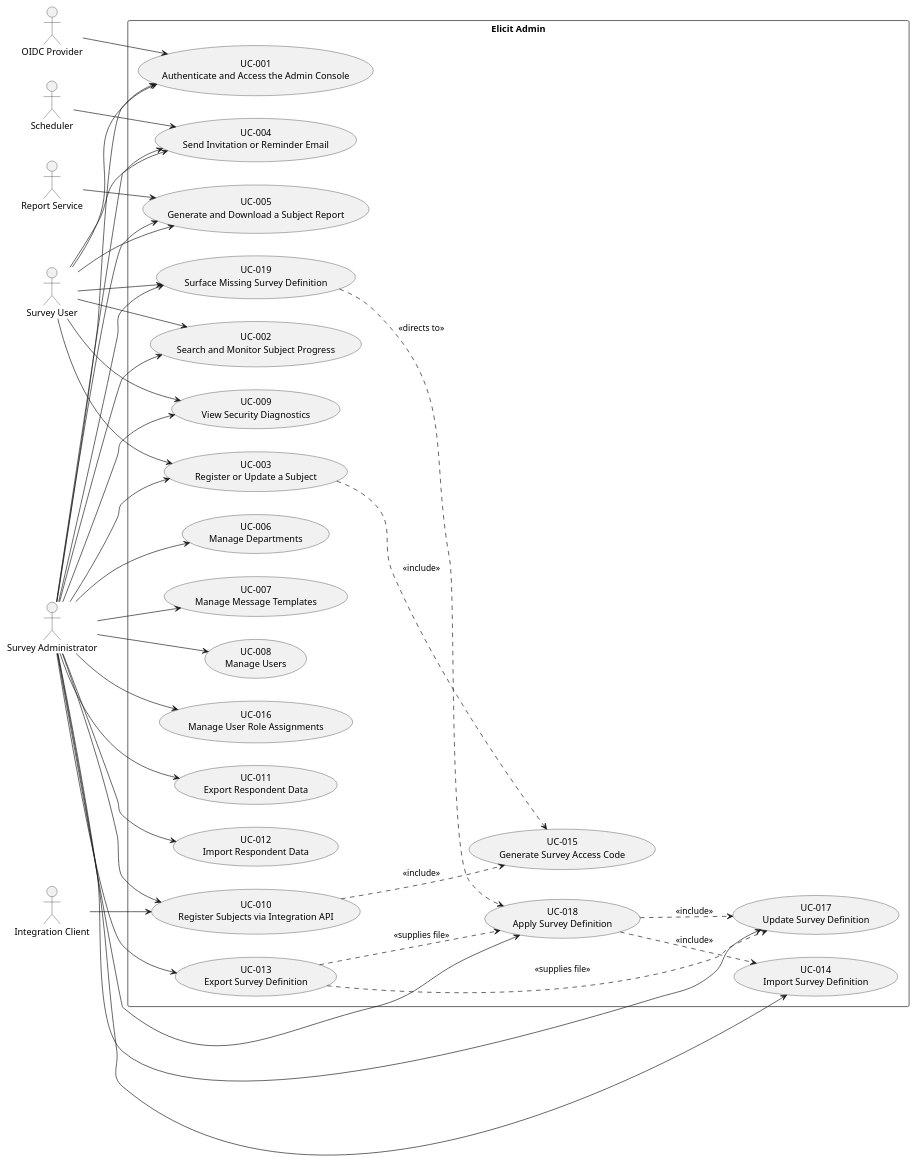
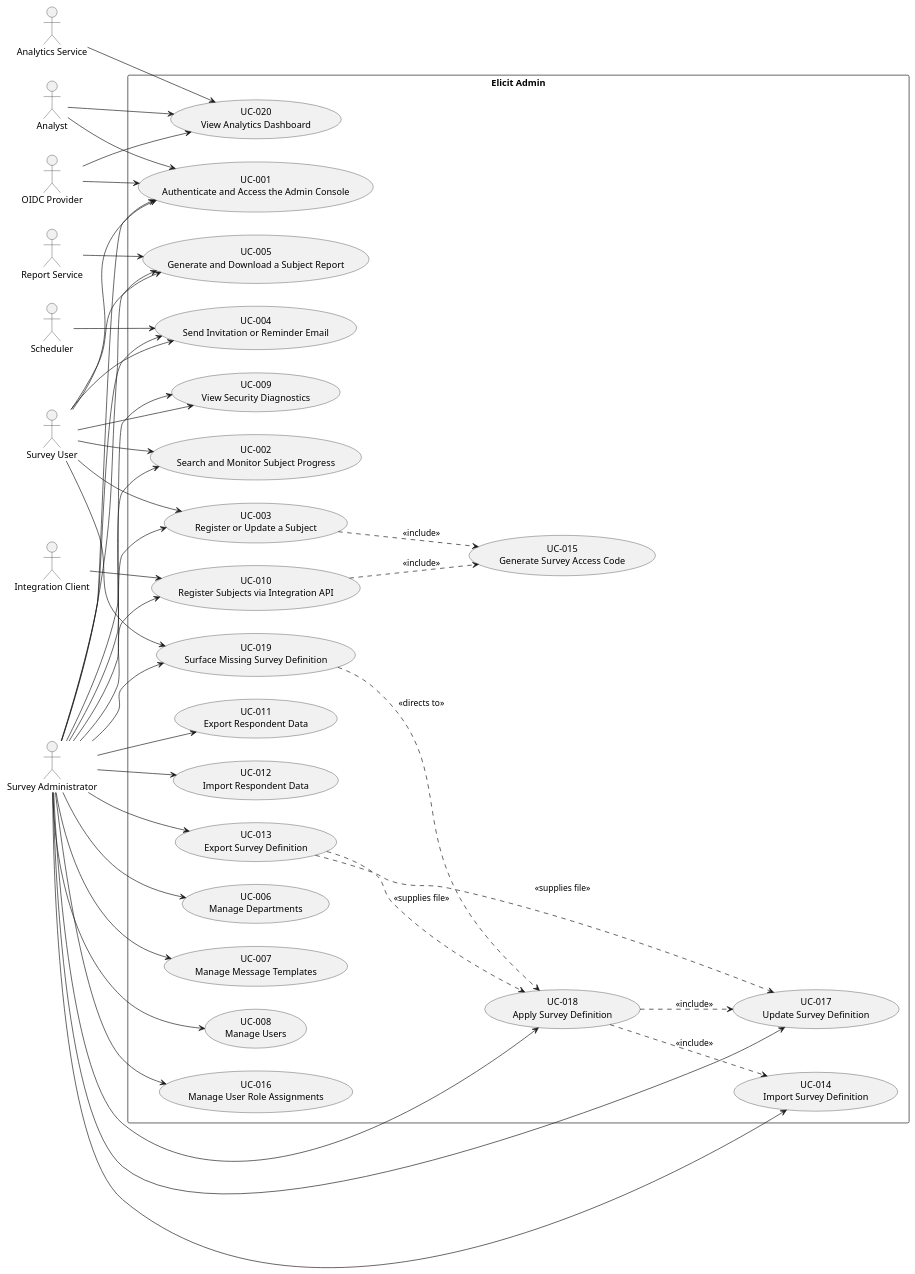
The diagram in docs/use_cases.puml (ElicitSoftware/Admin), drawn with PlantUML before and after one commit. The commit also changed 8 other files, not shown here.

```diff
--- a/docs/use_cases.puml
+++ b/docs/use_cases.puml
@@ -1,86 +1,97 @@
 @startuml Use Cases Overview
 left to right direction
 
 actor "Survey User" as user
 actor "Survey Administrator" as admin
 actor "Integration Client" as importer
 actor "OIDC Provider" as oidc
 actor "Scheduler" as scheduler
 actor "Report Service" as reportsvc
+actor "Analyst" as analyst
+actor "Analytics Service" as analytics
 
 rectangle "Elicit Admin" {
     ' --- Interactive console (user + admin) ---
     usecase "UC-001\nAuthenticate and Access the Admin Console" as UC001
     usecase "UC-002\nSearch and Monitor Subject Progress" as UC002
     usecase "UC-003\nRegister or Update a Subject" as UC003
     usecase "UC-004\nSend Invitation or Reminder Email" as UC004
     usecase "UC-005\nGenerate and Download a Subject Report" as UC005
     usecase "UC-009\nView Security Diagnostics" as UC009
+    usecase "UC-020\nView Analytics Dashboard" as UC020
 
     ' --- Administration (admin only) ---
     usecase "UC-006\nManage Departments" as UC006
     usecase "UC-007\nManage Message Templates" as UC007
     usecase "UC-008\nManage Users" as UC008
     usecase "UC-016\nManage User Role Assignments" as UC016
 
     ' --- Integration and data lifecycle ---
     usecase "UC-010\nRegister Subjects via Integration API" as UC010
     usecase "UC-011\nExport Respondent Data" as UC011
     usecase "UC-012\nImport Respondent Data" as UC012
     usecase "UC-013\nExport Survey Definition" as UC013
     usecase "UC-014\nImport Survey Definition" as UC014
     usecase "UC-017\nUpdate Survey Definition" as UC017
     usecase "UC-018\nApply Survey Definition" as UC018
     usecase "UC-019\nSurface Missing Survey Definition" as UC019
 
     ' --- Shared subflow ---
     usecase "UC-015\nGenerate Survey Access Code" as UC015
 }
 
 ' Survey User
 user --> UC001
 user --> UC002
 user --> UC003
 user --> UC004
 user --> UC005
 user --> UC009
 user --> UC019
 
+' Analyst (an orthogonal grant; may hold no other console role)
+analyst --> UC001
+analyst --> UC020
+
 ' Administrator (inherits user goals plus administration and data lifecycle)
+' Note: UC-020 is not implied by elicit_admin; an administrator reaches it only
+' when granted the analytics role (UC-016).
 admin --> UC001
 admin --> UC002
 admin --> UC003
 admin --> UC004
 admin --> UC005
 admin --> UC006
 admin --> UC007
 admin --> UC008
 admin --> UC016
 admin --> UC009
 admin --> UC010
 admin --> UC011
 admin --> UC012
 admin --> UC013
 admin --> UC014
 admin --> UC017
 admin --> UC018
 admin --> UC019
 
 ' Integration Client
 importer --> UC010
 
 ' External systems
 oidc --> UC001
+oidc --> UC020
+analytics --> UC020
 scheduler --> UC004
 reportsvc --> UC005
 
 ' Shared subflows
 UC003 ..> UC015 : <<include>>
 UC010 ..> UC015 : <<include>>
 UC013 ..> UC017 : <<supplies file>>
 UC013 ..> UC018 : <<supplies file>>
 UC018 ..> UC014 : <<include>>
 UC018 ..> UC017 : <<include>>
 UC019 ..> UC018 : <<directs to>>
 
 @enduml
```
